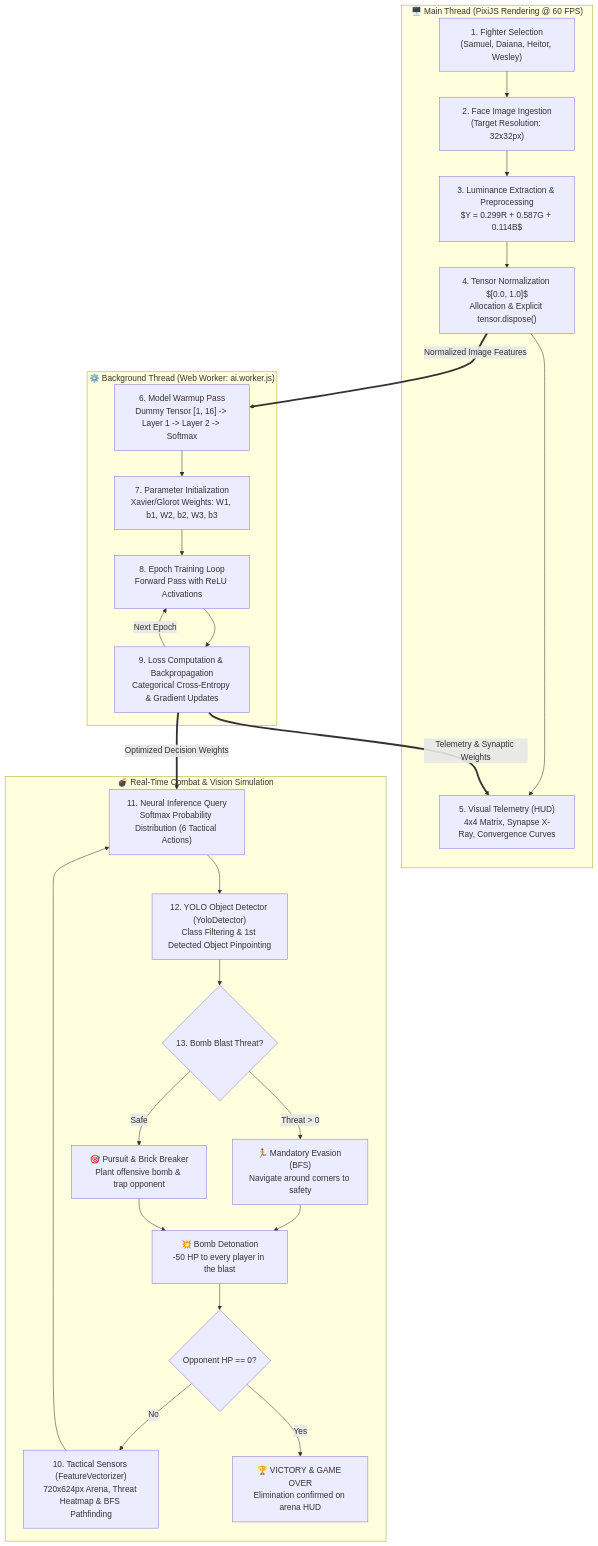
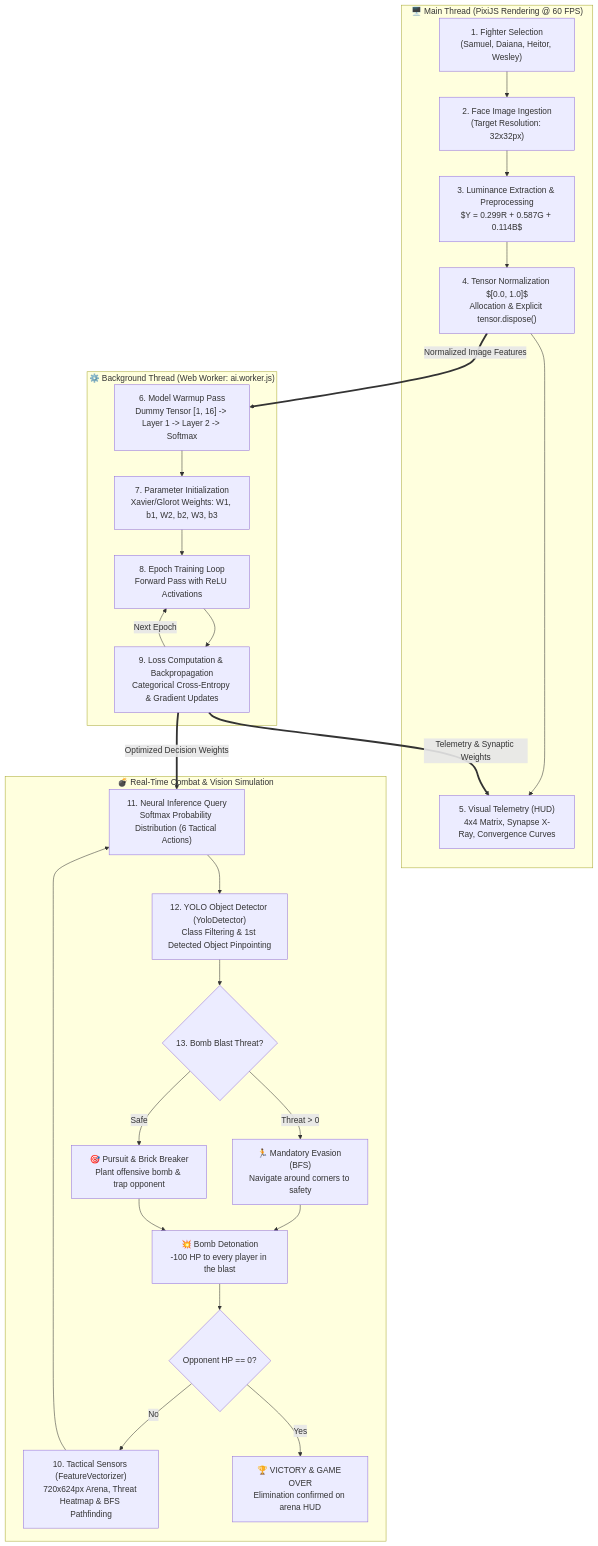
Before and after one commit to wesleyzilva/AppliedAIEngineer: the diagram in modules/module04/BombermanFamily_imageAI_training/README.md, drawn with Mermaid. The commit also changed other lines of this file and 4 other files, not shown here.

````diff
--- a/modules/module04/BombermanFamily_imageAI_training/README.md
+++ b/modules/module04/BombermanFamily_imageAI_training/README.md
@@ -13,41 +13,41 @@
 ```mermaid
 flowchart TB
     subgraph UI_RENDER["🖥️ Main Thread (PixiJS Rendering @ 60 FPS)"]
         A["1. Fighter Selection<br/>(Samuel, Daiana, Heitor, Wesley)"] --> B["2. Face Image Ingestion<br/>(Target Resolution: 32x32px)"]
         B --> C["3. Luminance Extraction & Preprocessing<br/>$Y = 0.299R + 0.587G + 0.114B$"]
         C --> D["4. Tensor Normalization $[0.0, 1.0]$<br/>Allocation & Explicit tensor.dispose()"]
         D --> E["5. Visual Telemetry (HUD)<br/>4x4 Matrix, Synapse X-Ray, Convergence Curves"]
     end
 
     subgraph WORKER["⚙️ Background Thread (Web Worker: ai.worker.js)"]
         F["6. Model Warmup Pass<br/>Dummy Tensor [1, 16] -> Layer 1 -> Layer 2 -> Softmax"]
         G["7. Parameter Initialization<br/>Xavier/Glorot Weights: W1, b1, W2, b2, W3, b3"]
         H["8. Epoch Training Loop<br/>Forward Pass with ReLU Activations"]
         I["9. Loss Computation & Backpropagation<br/>Categorical Cross-Entropy & Gradient Updates"]
         F --> G --> H --> I
         I -- "Next Epoch" --> H
     end
 
     subgraph ARENA["💣 Real-Time Combat & Vision Simulation"]
         J["10. Tactical Sensors (FeatureVectorizer)<br/>720x624px Arena, Threat Heatmap & BFS Pathfinding"]
         K["11. Neural Inference Query<br/>Softmax Probability Distribution (6 Tactical Actions)"]
         L["12. YOLO Object Detector (YoloDetector)<br/>Class Filtering & 1st Detected Object Pinpointing"]
         M{"13. Bomb Blast Threat?"}
         N["🏃 Mandatory Evasion (BFS)<br/>Navigate around corners to safety"]
         O["🎯 Pursuit & Brick Breaker<br/>Plant offensive bomb & trap opponent"]
-        P["💥 Bomb Detonation<br/>-50 HP to every player in the blast"]
+        P["💥 Bomb Detonation<br/>-100 HP to every player in the blast"]
         Q{"Opponent HP == 0?"}
         R["🏆 VICTORY & GAME OVER<br/>Elimination confirmed on arena HUD"]
 
         J --> K --> L --> M
         M -- "Threat > 0" --> N --> P
         M -- "Safe" --> O --> P
         P --> Q
         Q -- "No" --> J
         Q -- "Yes" --> R
     end
 
     D == "Normalized Image Features" ==> F
     I == "Telemetry & Synaptic Weights" ==> E
     I == "Optimized Decision Weights" ==> K
 ```
````
